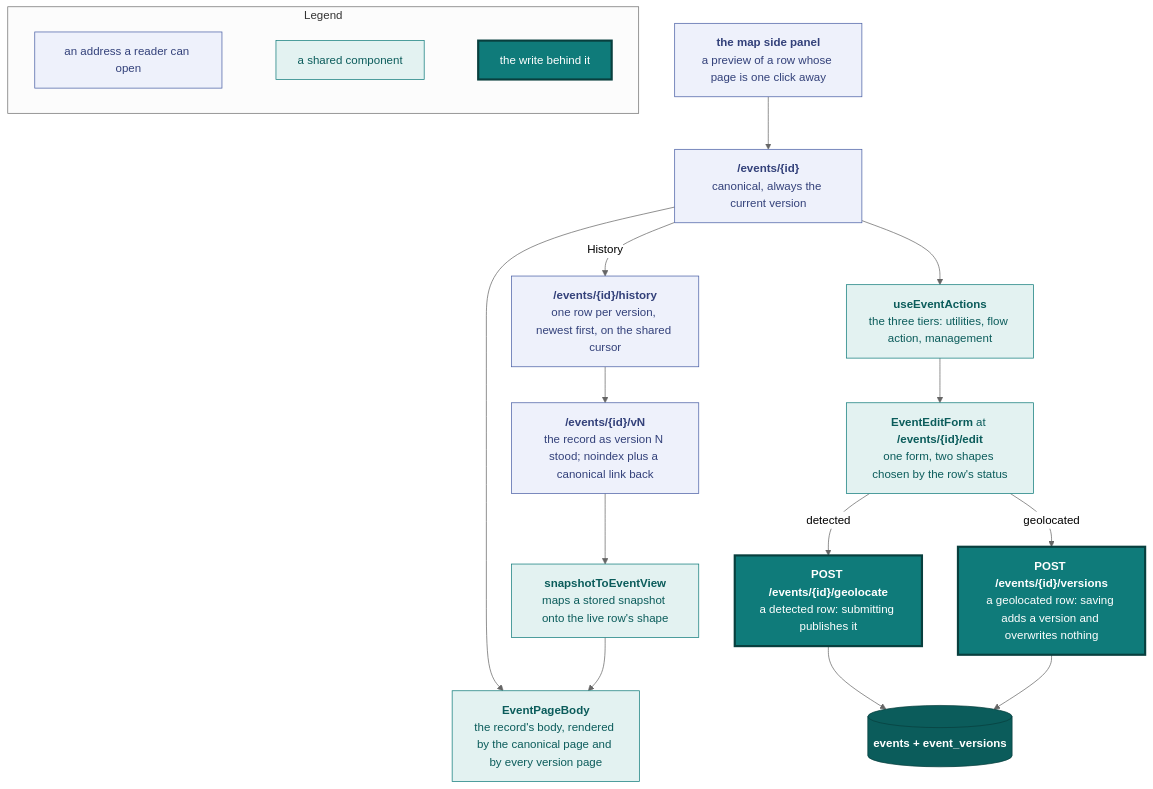
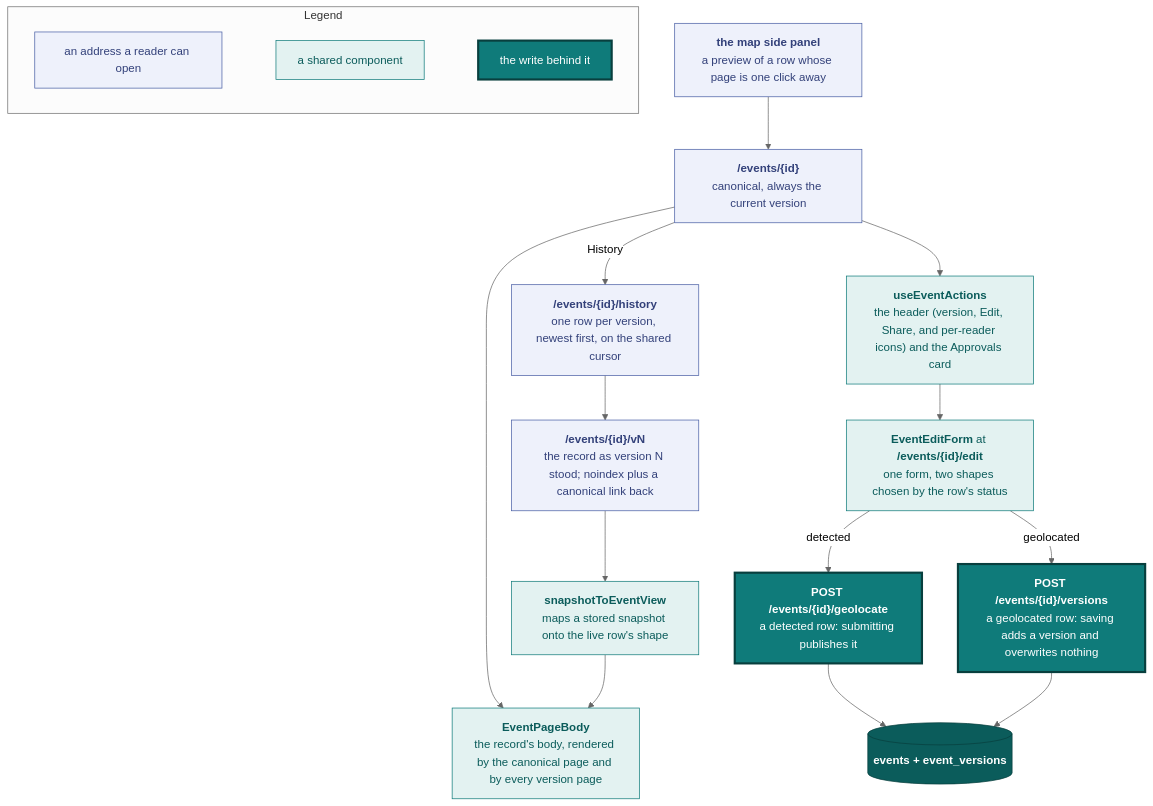
One commit to vidithq/vidit changed the fourth of 11 diagrams in docs/design.md. Above: the diagram before and after it, drawn with Mermaid (neutral theme). The commit also changed other lines of this file and 96 other files, not shown here.

````diff
--- a/docs/design.md
+++ b/docs/design.md
@@ -451,51 +453,51 @@
 ```mermaid
 flowchart TB
   classDef spec fill:#eef1fb,stroke:#4a5fa5,color:#33417a
   classDef shared fill:#e3f2f1,stroke:#0f7b7a,color:#0b5c5b
   classDef core fill:#0f7b7a,stroke:#083f3e,stroke-width:3px,color:#ffffff
   classDef store fill:#0b5c5b,stroke:#083f3e,color:#ffffff
 
   subgraph legend [Legend]
     direction LR
     l1["`an address a reader can open`"]:::spec
     l2["`a shared component`"]:::shared
     l3["`the write behind it`"]:::core
     l1 ~~~ l2 ~~~ l3
   end
 
   canonical["`**/events/{id}**
   canonical, always the current version`"]:::spec
   history["`**/events/{id}/history**
   one row per version, newest first, on the shared cursor`"]:::spec
   vn["`**/events/{id}/vN**
   the record as version N stood; noindex plus a canonical link back`"]:::spec
   panel["`**the map side panel**
   a preview of a row whose page is one click away`"]:::spec
 
   body["`**EventPageBody**
   the record's body, rendered by the canonical page and by every version page`"]:::shared
   snap["`**snapshotToEventView**
   maps a stored snapshot onto the live row's shape`"]:::shared
   actions["`**useEventActions**
-  the three tiers: utilities, flow action, management`"]:::shared
+  the header (version, Edit, Share, and per-reader icons) and the Approvals card`"]:::shared
   form["`**EventEditForm** at **/events/{id}/edit**
   one form, two shapes chosen by the row's status`"]:::shared
 
   geo["`**POST /events/{id}/geolocate**
   a detected row: submitting publishes it`"]:::core
   ver["`**POST /events/{id}/versions**
   a geolocated row: saving adds a version and overwrites nothing`"]:::core
   rows[("`**events + event_versions**`")]:::store
 
   canonical --> body
   vn --> snap --> body
   canonical --> actions
   history --> vn
   canonical -->|"History"| history
   actions --> form
   panel --> canonical
   form -->|"detected"| geo
   form -->|"geolocated"| ver
   geo --> rows
   ver --> rows
 ```
````
